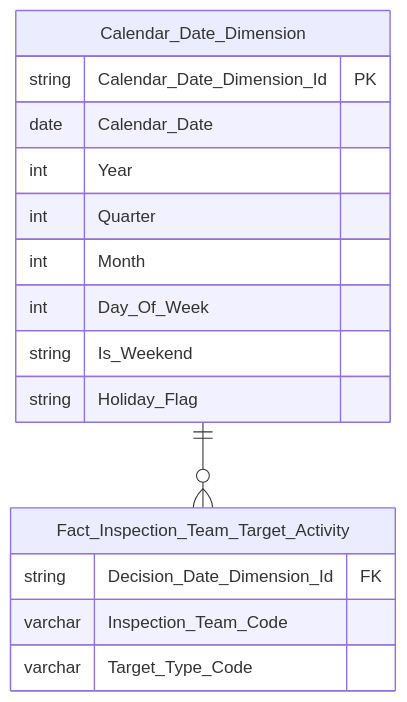
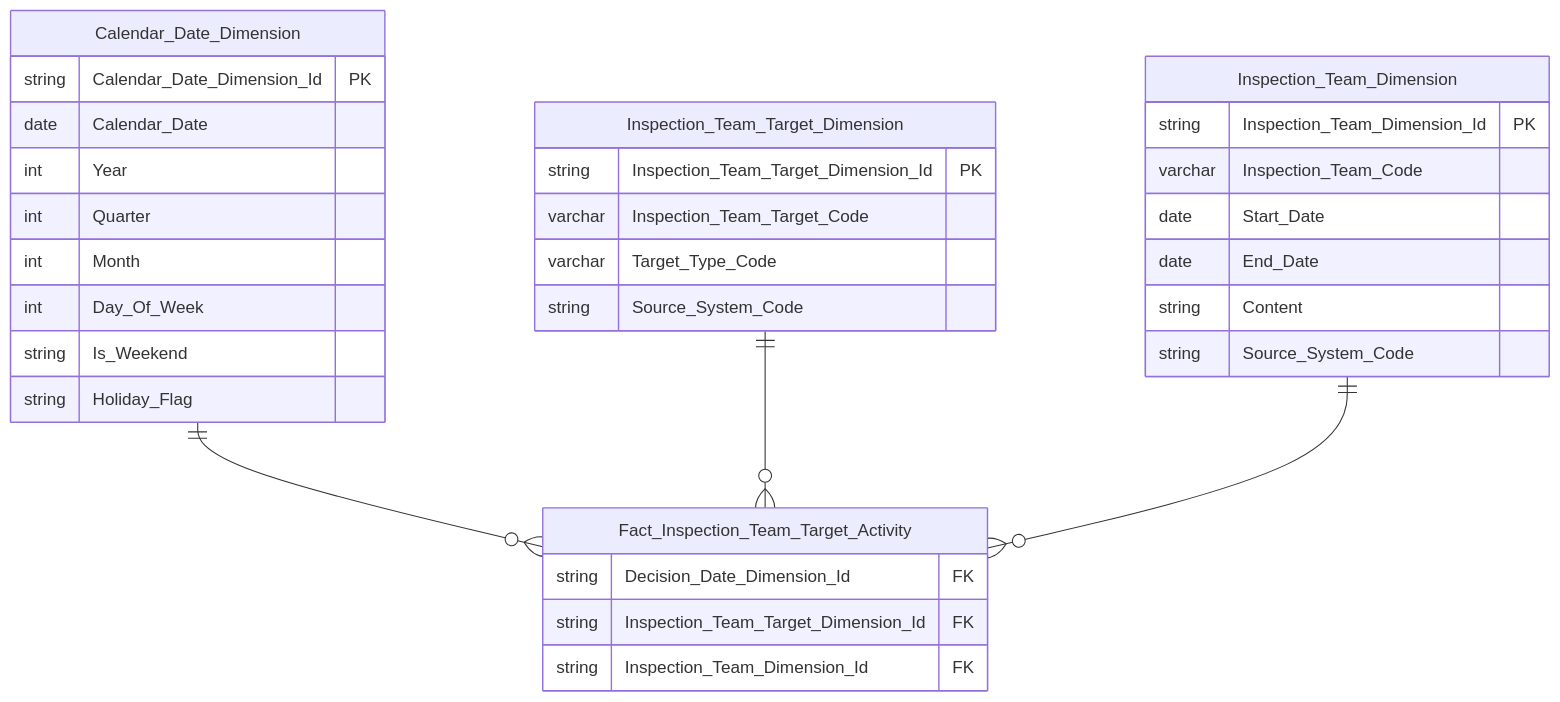
Diagram 19 of 50 in Datamart/hld/DTM_TT_HLD.md (linhlvit/ubck_atomic_design), drawn with Mermaid before and after one commit. The commit also changed other lines of this file and 26 other files, not shown here.

````diff
--- a/Datamart/hld/DTM_TT_HLD.md
+++ b/Datamart/hld/DTM_TT_HLD.md
@@ -659,19 +661,35 @@
 ```mermaid
 erDiagram
     Calendar_Date_Dimension ||--o{ Fact_Inspection_Team_Target_Activity : " "
+    Inspection_Team_Target_Dimension ||--o{ Fact_Inspection_Team_Target_Activity : " "
+    Inspection_Team_Dimension ||--o{ Fact_Inspection_Team_Target_Activity : " "
     Fact_Inspection_Team_Target_Activity {
         string Decision_Date_Dimension_Id FK
-        varchar Inspection_Team_Code
-        varchar Target_Type_Code
+        string Inspection_Team_Target_Dimension_Id FK
+        string Inspection_Team_Dimension_Id FK
     }
     Calendar_Date_Dimension {
         string Calendar_Date_Dimension_Id PK
         date Calendar_Date
         int Year
         int Quarter
         int Month
         int Day_Of_Week
         string Is_Weekend
         string Holiday_Flag
     }
+    Inspection_Team_Target_Dimension {
+        string Inspection_Team_Target_Dimension_Id PK
+        varchar Inspection_Team_Target_Code
+        varchar Target_Type_Code
+        string Source_System_Code
+    }
+    Inspection_Team_Dimension {
+        string Inspection_Team_Dimension_Id PK
+        varchar Inspection_Team_Code
+        date Start_Date
+        date End_Date
+        string Content
+        string Source_System_Code
+    }
 ```
````
